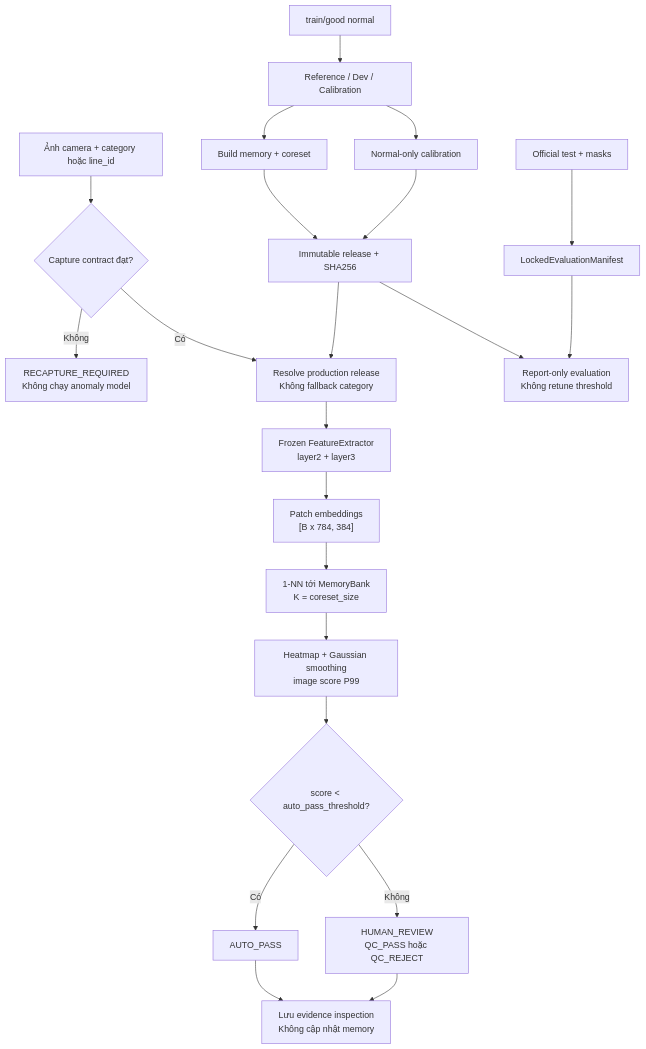
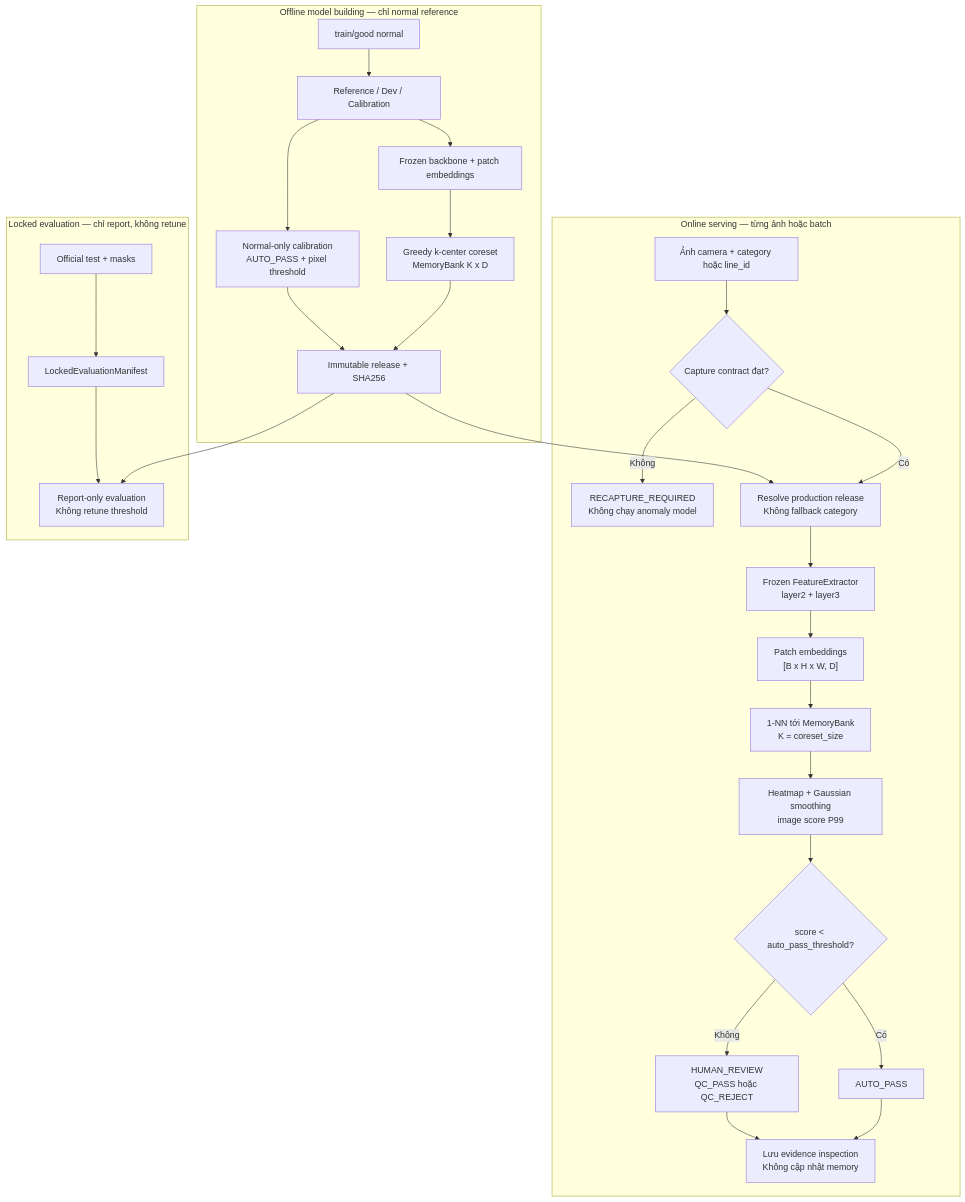
Before and after one commit to haminhthong/MVTec-Anomaly-Detection: the diagram in README.md, drawn with Mermaid. The commit also changed other lines of this file and 13 other files, not shown here.

````diff
--- a/README.md
+++ b/README.md
@@ -34,26 +42,34 @@
 ```mermaid
 flowchart TD
-    A["Ảnh camera + category hoặc line_id"] --> B{"Capture contract đạt?"}
-    B -- "Không" --> C["RECAPTURE_REQUIRED\nKhông chạy anomaly model"]
-    B -- "Có" --> D["Resolve production release\nKhông fallback category"]
-    D --> E["Frozen FeatureExtractor\nlayer2 + layer3"]
-    E --> F["Patch embeddings\n[B x 784, 384]"]
-    F --> G["1-NN tới MemoryBank\nK = coreset_size"]
-    G --> H["Heatmap + Gaussian smoothing\nimage score P99"]
-    H --> I{"score < auto_pass_threshold?"}
-    I -- "Có" --> J["AUTO_PASS"]
-    I -- "Không" --> K["HUMAN_REVIEW\nQC_PASS hoặc QC_REJECT"]
-    J --> L["Lưu evidence inspection\nKhông cập nhật memory"]
-    K --> L
+    subgraph BUILD["Offline model building — chỉ normal reference"]
+        M["train/good normal"] --> N["Reference / Dev / Calibration"]
+        N --> O["Frozen backbone + patch embeddings"]
+        O --> P["Greedy k-center coreset\nMemoryBank K x D"]
+        N --> Q["Normal-only calibration\nAUTO_PASS + pixel threshold"]
+        P --> R["Immutable release + SHA256"]
+        Q --> R
+    end
 
-    M["train/good normal"] --> N["Reference / Dev / Calibration"]
-    N --> O["Build memory + coreset"]
-    N --> P["Normal-only calibration"]
-    O --> Q["Immutable release + SHA256"]
-    P --> Q
-    Q --> D
+    subgraph SERVE["Online serving — từng ảnh hoặc batch"]
+        A["Ảnh camera + category hoặc line_id"] --> B{"Capture contract đạt?"}
+        B -- "Không" --> C["RECAPTURE_REQUIRED\nKhông chạy anomaly model"]
+        B -- "Có" --> D["Resolve production release\nKhông fallback category"]
+        D --> E["Frozen FeatureExtractor\nlayer2 + layer3"]
+        E --> F["Patch embeddings\n[B x H x W, D]"]
+        F --> G["1-NN tới MemoryBank\nK = coreset_size"]
+        G --> H["Heatmap + Gaussian smoothing\nimage score P99"]
+        H --> I{"score < auto_pass_threshold?"}
+        I -- "Có" --> J["AUTO_PASS"]
+        I -- "Không" --> K["HUMAN_REVIEW\nQC_PASS hoặc QC_REJECT"]
+        J --> L["Lưu evidence inspection\nKhông cập nhật memory"]
+        K --> L
+    end
 
-    R["Official test + masks"] --> S["LockedEvaluationManifest"]
-    Q --> T["Report-only evaluation\nKhông retune threshold"]
-    S --> T
+    subgraph EVAL["Locked evaluation — chỉ report, không retune"]
+        T["Official test + masks"] --> U["LockedEvaluationManifest"]
+        R --> V["Report-only evaluation\nKhông retune threshold"]
+        U --> V
+    end
+
+    R --> D
 ```
````
